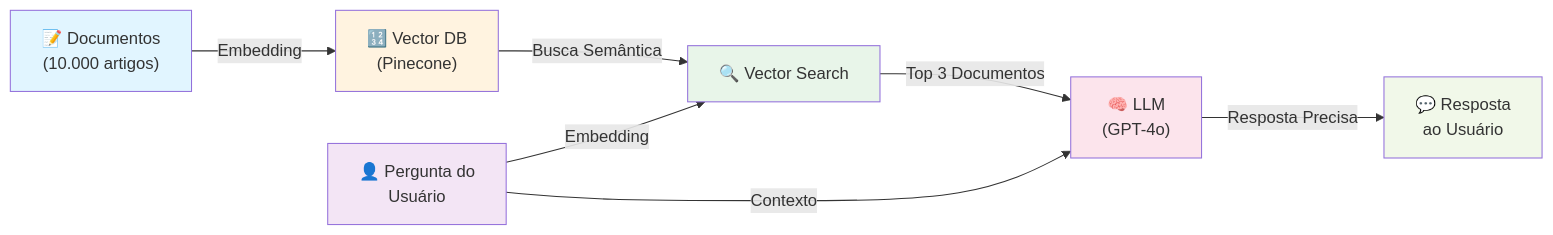
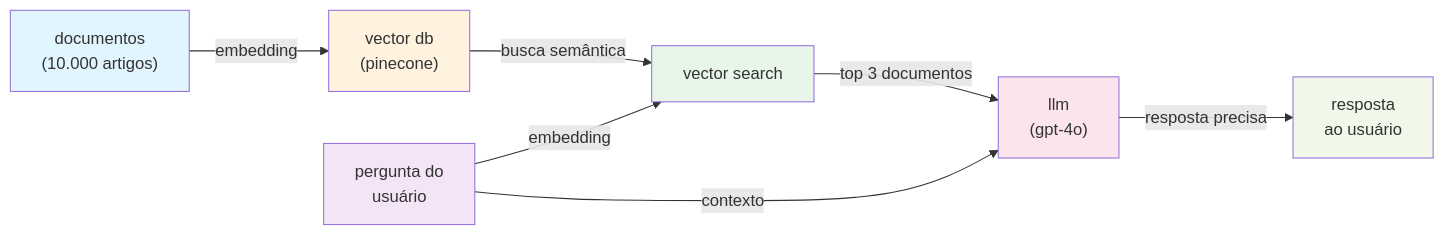
Before and after one commit to otavio-lemos/fudAI-se: the first of 11 diagrams in README.md, drawn with Mermaid. The commit also changed other lines of this file and 2 other files, not shown here.

````diff
--- a/README.md
+++ b/README.md
@@ -528,16 +540,16 @@
 ```mermaid
 graph LR
-    A["📝 Documentos<br/>(10.000 artigos)"] -->|Embedding| B["🔢 Vector DB<br/>(Pinecone)"]
-    C["👤 Pergunta do<br/>Usuário"] -->|Embedding| D["🔍 Vector Search"]
-    B -->|Busca Semântica| D
-    D -->|Top 3 Documentos| E["🧠 LLM<br/>(GPT-4o)"]
-    C -->|Contexto| E
-    E -->|Resposta Precisa| F["💬 Resposta<br/>ao Usuário"]
+    a["documentos<br/>(10.000 artigos)"] -->|embedding| b["vector db<br/>(pinecone)"]
+    c["pergunta do<br/>usuário"] -->|embedding| d["vector search"]
+    b -->|busca semântica| d
+    d -->|top 3 documentos| e["llm<br/>(gpt-4o)"]
+    c -->|contexto| e
+    e -->|resposta precisa| f["resposta<br/>ao usuário"]
     
-    style A fill:#e1f5ff
-    style B fill:#fff3e0
-    style C fill:#f3e5f5
-    style D fill:#e8f5e9
-    style E fill:#fce4ec
-    style F fill:#f1f8e9
+    style a fill:#e1f5ff
+    style b fill:#fff3e0
+    style c fill:#f3e5f5
+    style d fill:#e8f5e9
+    style e fill:#fce4ec
+    style f fill:#f1f8e9
 ```
````
